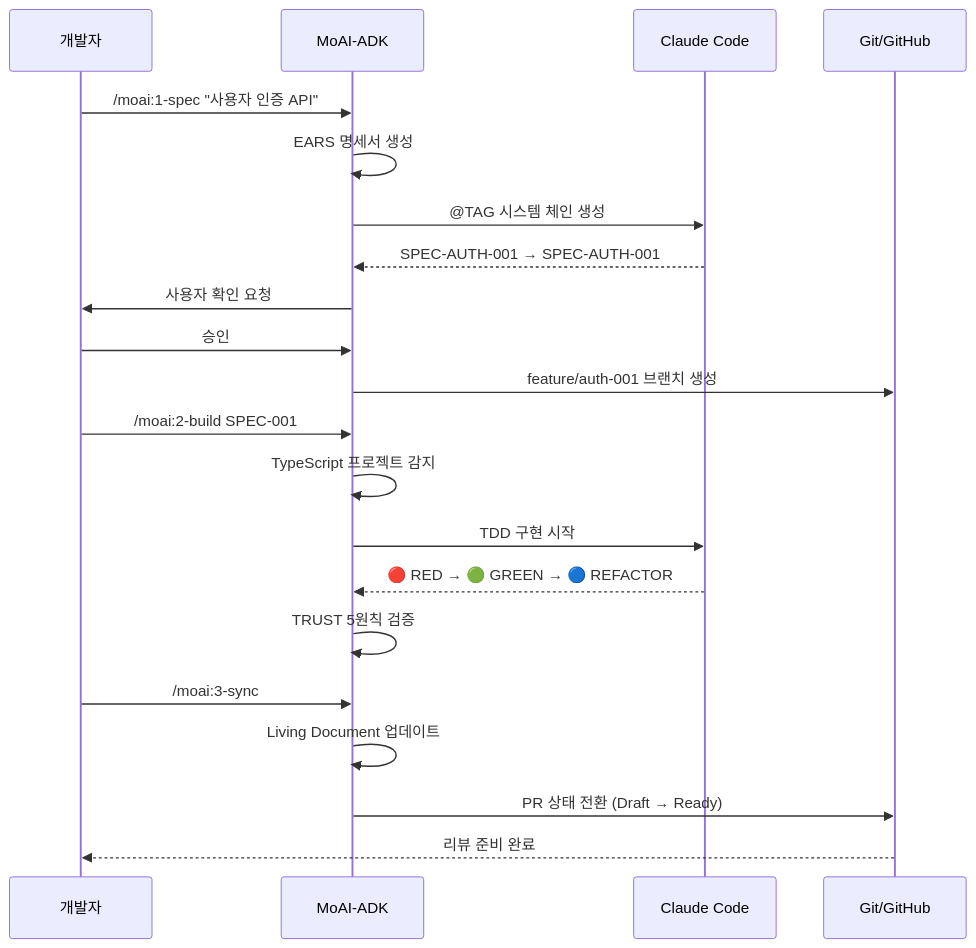
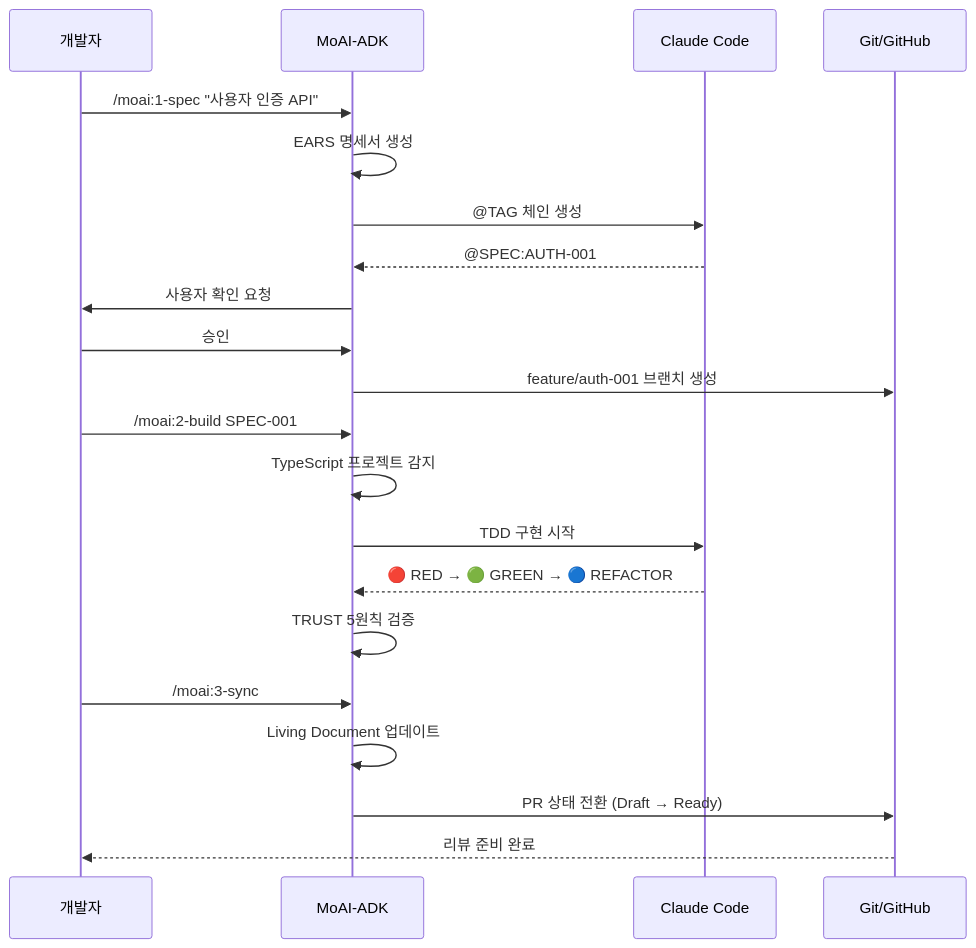
One commit to modu-ai/moai-adk changed the fourth of 4 diagrams in README.md. Above: the diagram before and after it, drawn with Mermaid. The commit also changed other lines of this file and 299 other files, not shown here.

First line of the commit message:
🎨 feat: Mermaid 다크/라이트 테마 대응 + trust-checker 통합

````diff
--- a/README.md
+++ b/README.md
@@ -346,26 +386,26 @@
 ```mermaid
 sequenceDiagram
     participant Dev as 개발자
     participant MoAI as MoAI-ADK
     participant Claude as Claude Code
     participant Git as Git/GitHub
 
     Dev->>MoAI: /moai:1-spec "사용자 인증 API"
     MoAI->>MoAI: EARS 명세서 생성
-    MoAI->>Claude: @TAG 시스템 체인 생성
-    Claude-->>MoAI: SPEC-AUTH-001 → SPEC-AUTH-001
+    MoAI->>Claude: @TAG 체인 생성
+    Claude-->>MoAI: @SPEC:AUTH-001
     MoAI->>Dev: 사용자 확인 요청
     Dev->>MoAI: 승인
     MoAI->>Git: feature/auth-001 브랜치 생성
 
     Dev->>MoAI: /moai:2-build SPEC-001
     MoAI->>MoAI: TypeScript 프로젝트 감지
     MoAI->>Claude: TDD 구현 시작
     Claude-->>MoAI: 🔴 RED → 🟢 GREEN → 🔵 REFACTOR
     MoAI->>MoAI: TRUST 5원칙 검증
 
     Dev->>MoAI: /moai:3-sync
     MoAI->>MoAI: Living Document 업데이트
     MoAI->>Git: PR 상태 전환 (Draft → Ready)
     Git-->>Dev: 리뷰 준비 완료
 ```
````
